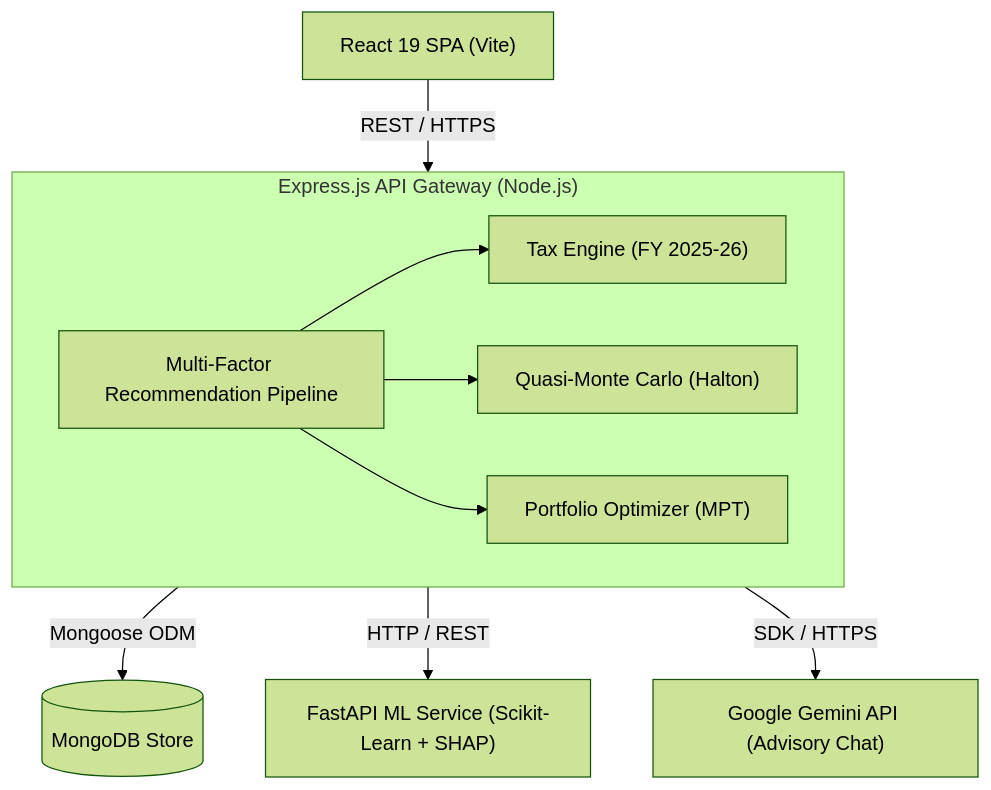
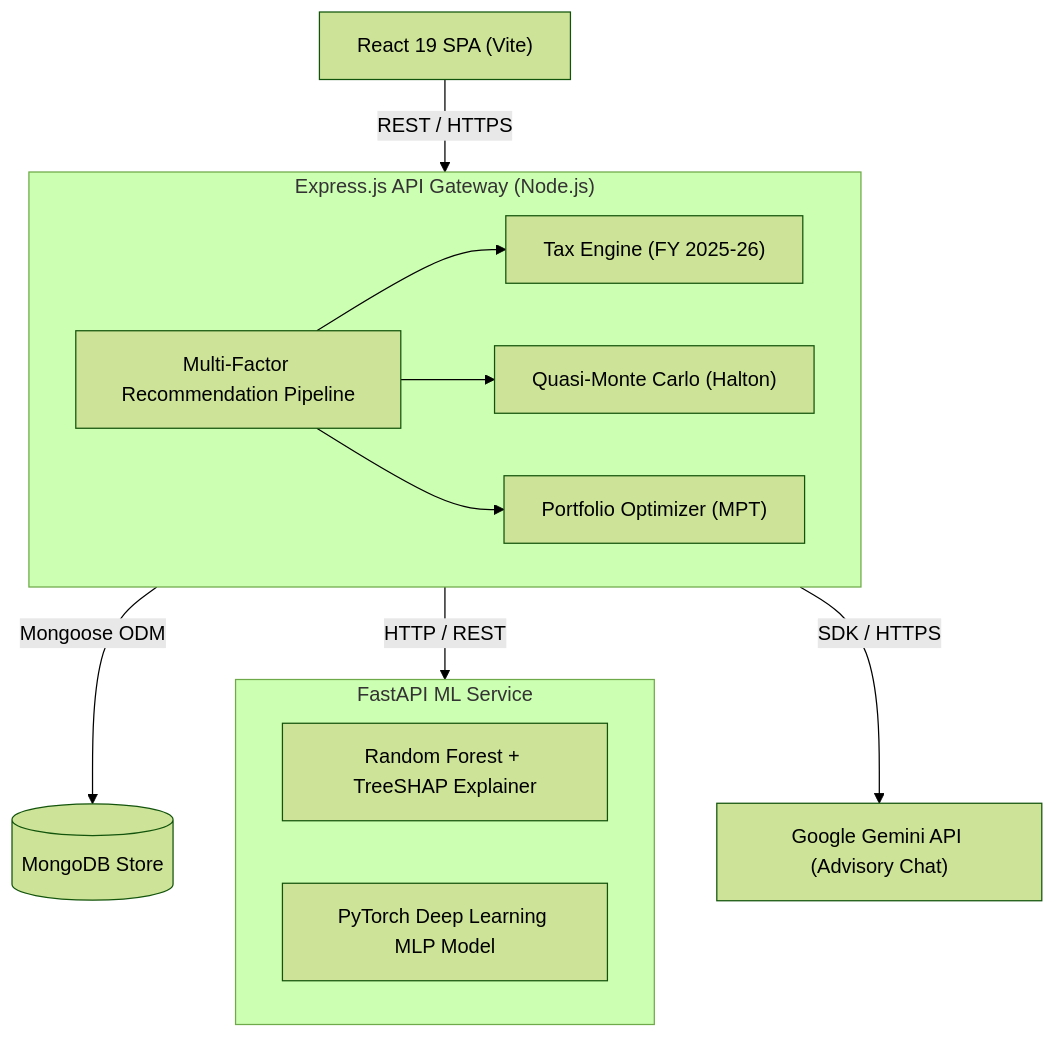
One commit to yashaskn8/WealthGenie-AI-Powered-Financial-Advisory-Platform changed the first of 2 diagrams in README.md. Above: the diagram before and after it, drawn with Mermaid (forest theme). The commit also changed other lines of this file and 11 other files, not shown here.

Commit message:
feat(ml-service): implement production PyTorch Deep Learning pipeline with dual-model benchmarking and FastAPI endpoints

````diff
--- a/README.md
+++ b/README.md
@@ -17,24 +18,29 @@
 ```mermaid
 graph TD
     Client["React 19 SPA (Vite)"]
     
     subgraph Gateway ["Express.js API Gateway (Node.js)"]
         TaxEngine["Tax Engine (FY 2025-26)"]
         QMC["Quasi-Monte Carlo (Halton)"]
         PortfolioOpt["Portfolio Optimizer (MPT)"]
         ScoringPipe["Multi-Factor Recommendation Pipeline"]
     end
     
     DataStore[("MongoDB Store")]
-    MLService["FastAPI ML Service (Scikit-Learn + SHAP)"]
+    
+    subgraph MLService ["FastAPI ML Service"]
+        RFModel["Random Forest + TreeSHAP Explainer"]
+        PyTorchModel["PyTorch Deep Learning MLP Model"]
+    end
+    
     GeminiAPI["Google Gemini API (Advisory Chat)"]
 
     Client -->|"REST / HTTPS"| Gateway
     Gateway -->|"Mongoose ODM"| DataStore
     Gateway -->|"HTTP / REST"| MLService
     Gateway -->|"SDK / HTTPS"| GeminiAPI
     
     ScoringPipe --> TaxEngine
     ScoringPipe --> QMC
     ScoringPipe --> PortfolioOpt
 ```
````
